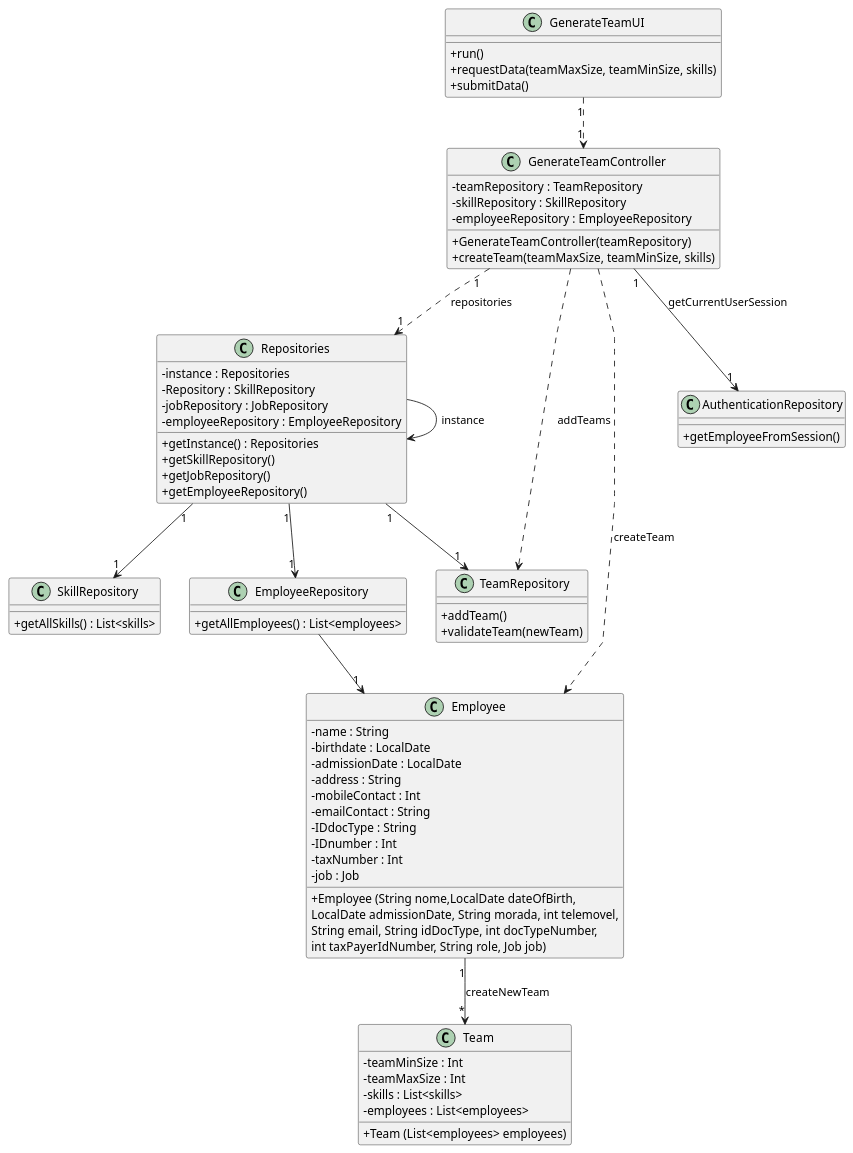
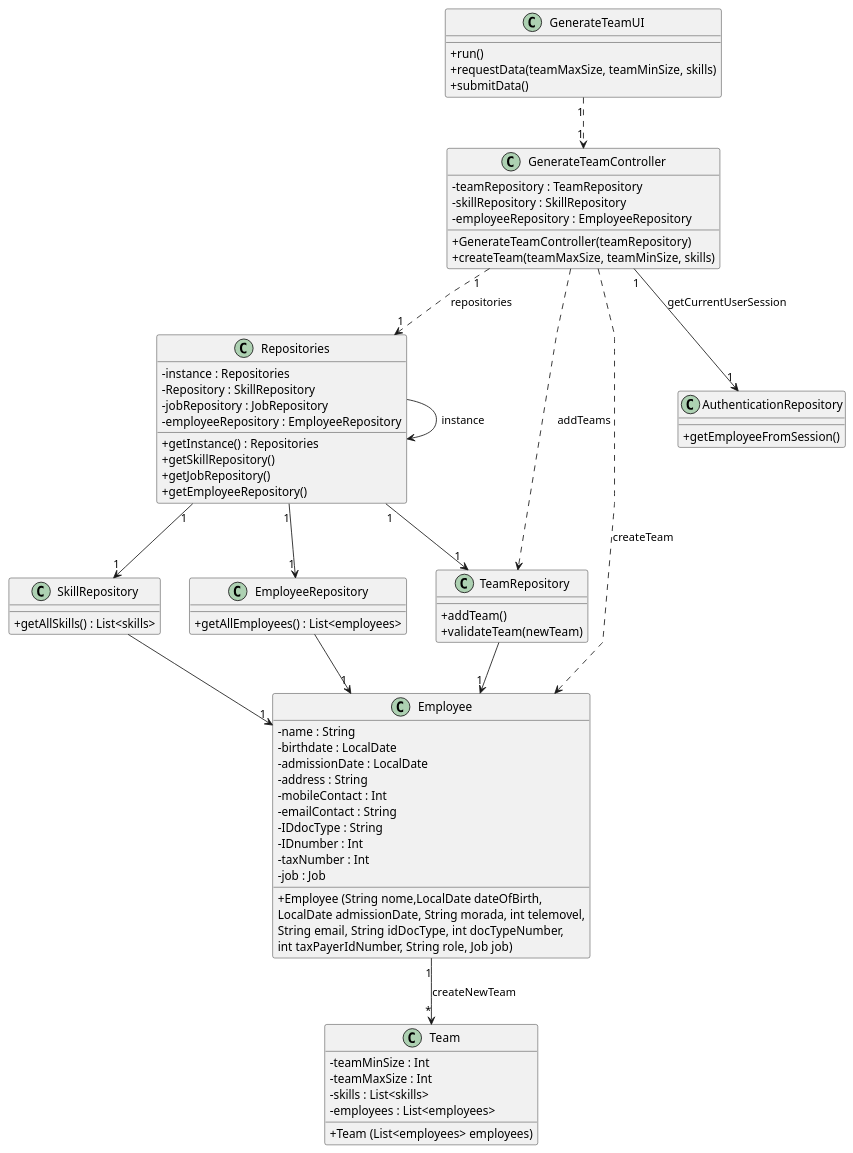
One commit to Paulo-Pereira-at-ISEP/lei-24-s2-1nanb-g321 changed the diagram in docs/sprintC/us05/03.design/puml/us05-class-diagram.puml. Above: the diagram before and after it, drawn with PlantUML. The commit also changed 38 other files, not shown here.

```diff
--- a/docs/sprintC/us05/03.design/puml/us05-class-diagram.puml
+++ b/docs/sprintC/us05/03.design/puml/us05-class-diagram.puml
@@ -1,98 +1,102 @@
 @startuml
 'skinparam monochrome true
 skinparam packageStyle rectangle
 skinparam shadowing false
 skinparam linetype polyline
 'skinparam linetype orto
 
 skinparam classAttributeIconSize 0
 
 'left to right direction
 
 class GenerateTeamController {
     -teamRepository : TeamRepository
     -skillRepository : SkillRepository
     -employeeRepository : EmployeeRepository
     + GenerateTeamController(teamRepository)
     + createTeam(teamMaxSize, teamMinSize, skills)
 
 }
 
 
 class GenerateTeamUI {
     +run()
     +requestData(teamMaxSize, teamMinSize, skills)
     +submitData()
 }
 
 
 class Employee{
     -name : String
     -birthdate : LocalDate
     -admissionDate : LocalDate
     -address : String
     -mobileContact : Int
     -emailContact : String
     -IDdocType : String
     -IDnumber : Int
     -taxNumber : Int
     -job : Job
 
     +Employee (String nome,LocalDate dateOfBirth,\nLocalDate admissionDate, String morada, int telemovel,\nString email, String idDocType, int docTypeNumber,\nint taxPayerIdNumber, String role, Job job)
 }
 
 class Repositories{
     - instance : Repositories
     - Repository : SkillRepository
     - jobRepository : JobRepository
     - employeeRepository : EmployeeRepository
 
 
     + getInstance() : Repositories
     + getSkillRepository()
     + getJobRepository()
     + getEmployeeRepository()
 }
 
 class SkillRepository{
     + getAllSkills() : List<skills>
 }
 
 class EmployeeRepository{
     + getAllEmployees() : List<employees>
 }
 
 class TeamRepository{
     + addTeam()
     + validateTeam(newTeam)
 }
 
 class AuthenticationRepository{
     + getEmployeeFromSession()
 }
 
 class Team{
     -teamMinSize : Int
     -teamMaxSize : Int
     -skills : List<skills>
     -employees : List<employees>
     +Team (List<employees> employees)
 }
 
+SkillRepository --> "1" Employee
+
 EmployeeRepository --> "1" Employee
+
+TeamRepository --> "1" Employee
 
 GenerateTeamUI "1" ..> "1" GenerateTeamController
 
 Repositories -> Repositories : instance
 Repositories "1" --> "1" SkillRepository
 Repositories "1" --> "1" EmployeeRepository
 Repositories "1" --> "1" TeamRepository
 
 Employee "1" --> "*" Team : createNewTeam
 
 GenerateTeamController ..> TeamRepository: addTeams
 GenerateTeamController "1" ..> "1" Repositories : repositories
 GenerateTeamController ..> Employee : createTeam
 GenerateTeamController "1" --> "1" AuthenticationRepository : getCurrentUserSession
 
 @enduml
```
